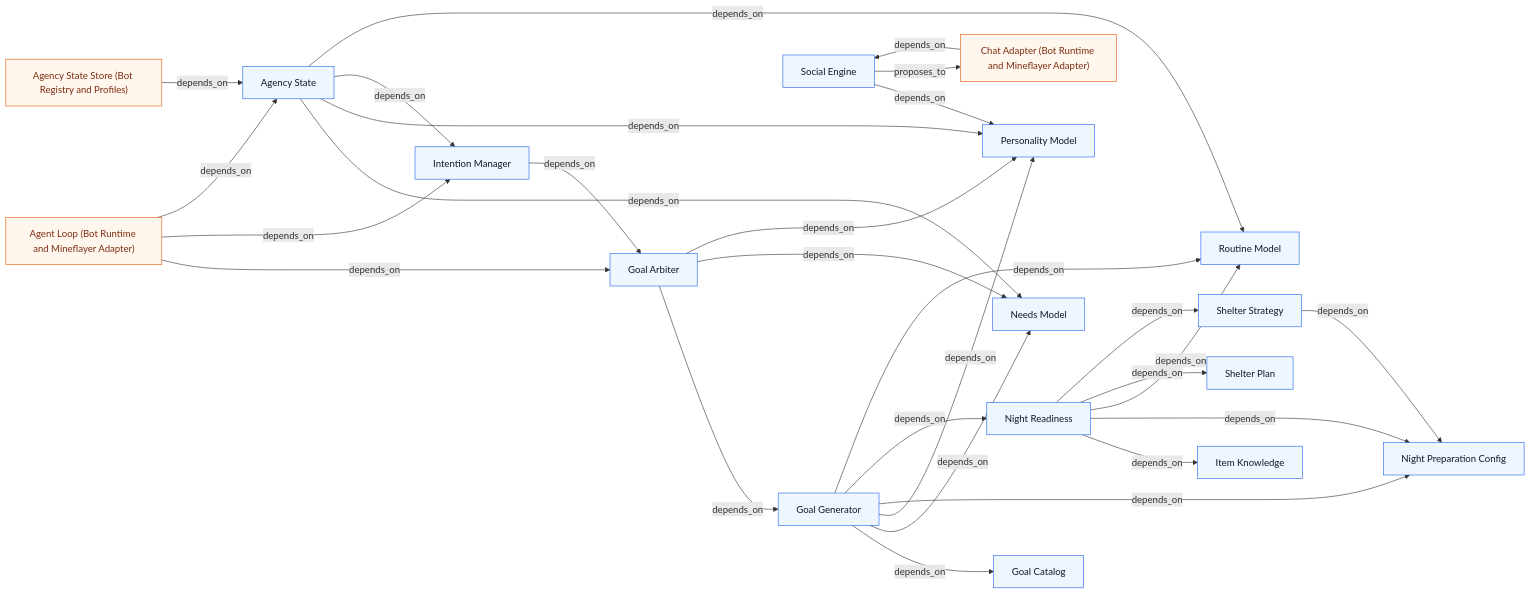
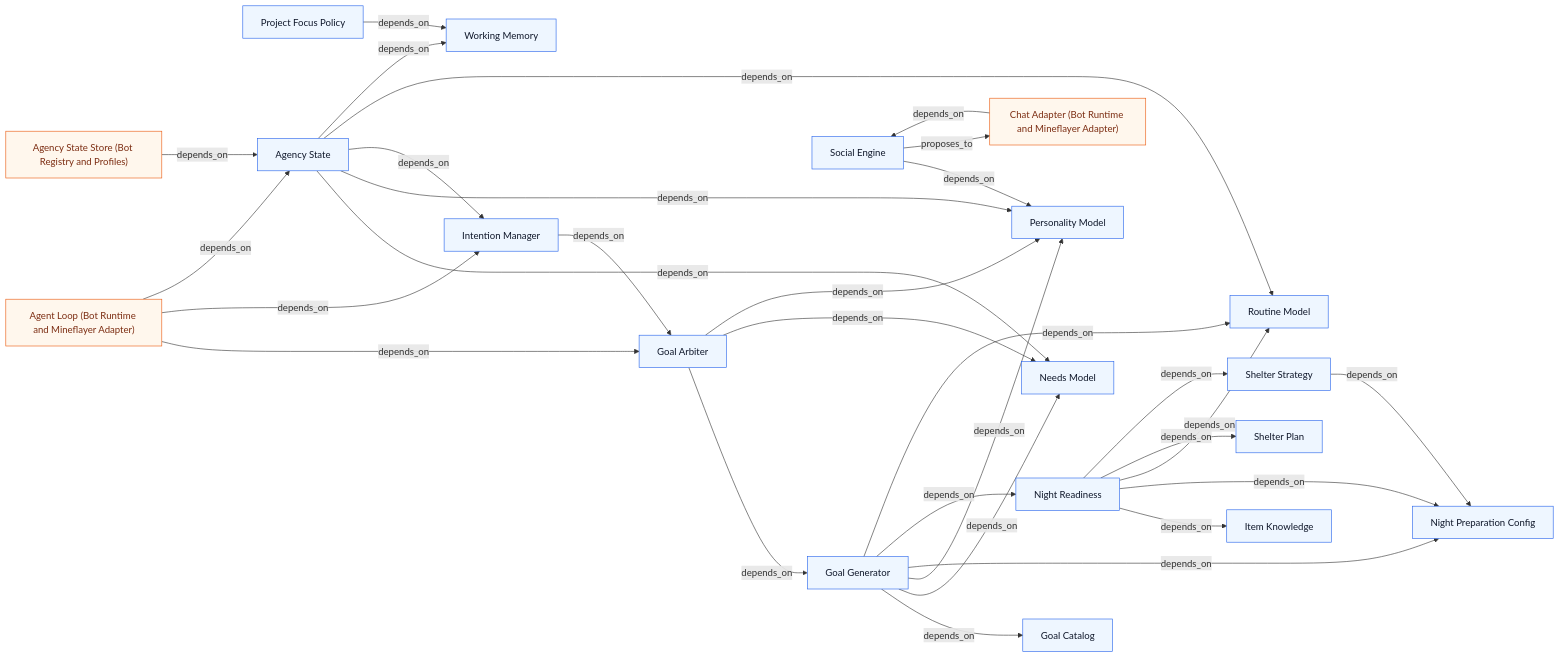
The diagram in docs/architecture/graphs/system-agency.mmd (TICO-CO/TiCrafter), drawn with Mermaid before and after one commit. The commit also changed 94 other files, not shown here.

```diff
--- a/docs/architecture/graphs/system-agency.mmd
+++ b/docs/architecture/graphs/system-agency.mmd
@@ -1,49 +1,53 @@
 flowchart LR
-n295["Personality Model"]
-n296["Needs Model"]
-n297["Goal Catalog"]
-n298["Goal Generator"]
-n273["Goal Arbiter"]
-n274["Intention Manager"]
-n299["Routine Model"]
-n300["Item Knowledge"]
-n301["Night Preparation Config"]
-n302["Shelter Strategy"]
-n303["Shelter Plan"]
-n304["Night Readiness"]
-n275["Social Engine"]
-n228["Agency State"]
+n299["Personality Model"]
+n300["Needs Model"]
+n301["Goal Catalog"]
+n302["Goal Generator"]
+n277["Goal Arbiter"]
+n278["Intention Manager"]
+n303["Routine Model"]
+n304["Item Knowledge"]
+n305["Night Preparation Config"]
+n306["Shelter Strategy"]
+n307["Shelter Plan"]
+n308["Night Readiness"]
+n279["Social Engine"]
+n309["Working Memory"]
+n310["Project Focus Policy"]
+n231["Agency State"]
 n60["Agent Loop (Bot Runtime and Mineflayer Adapter)"]
 n61["Chat Adapter (Bot Runtime and Mineflayer Adapter)"]
-n225["Agency State Store (Bot Registry and Profiles)"]
-n60 -->|depends_on| n273
-n60 -->|depends_on| n274
-n60 -->|depends_on| n228
-n61 -->|depends_on| n275
-n298 -->|depends_on| n297
-n298 -->|depends_on| n296
-n298 -->|depends_on| n295
-n273 -->|depends_on| n298
-n273 -->|depends_on| n296
-n273 -->|depends_on| n295
-n274 -->|depends_on| n273
-n275 -->|depends_on| n295
-n228 -->|depends_on| n296
-n228 -->|depends_on| n295
-n228 -->|depends_on| n274
-n228 -->|depends_on| n299
-n275 -->|proposes_to| n61
-n225 -->|depends_on| n228
-n304 -->|depends_on| n300
-n304 -->|depends_on| n301
-n304 -->|depends_on| n299
-n304 -->|depends_on| n303
-n304 -->|depends_on| n302
+n228["Agency State Store (Bot Registry and Profiles)"]
+n60 -->|depends_on| n277
+n60 -->|depends_on| n278
+n60 -->|depends_on| n231
+n61 -->|depends_on| n279
 n302 -->|depends_on| n301
-n298 -->|depends_on| n301
-n298 -->|depends_on| n304
-n298 -->|depends_on| n299
+n302 -->|depends_on| n300
+n302 -->|depends_on| n299
+n277 -->|depends_on| n302
+n277 -->|depends_on| n300
+n277 -->|depends_on| n299
+n278 -->|depends_on| n277
+n279 -->|depends_on| n299
+n231 -->|depends_on| n300
+n231 -->|depends_on| n299
+n231 -->|depends_on| n278
+n231 -->|depends_on| n303
+n231 -->|depends_on| n309
+n310 -->|depends_on| n309
+n279 -->|proposes_to| n61
+n228 -->|depends_on| n231
+n308 -->|depends_on| n304
+n308 -->|depends_on| n305
+n308 -->|depends_on| n303
+n308 -->|depends_on| n307
+n308 -->|depends_on| n306
+n306 -->|depends_on| n305
+n302 -->|depends_on| n305
+n302 -->|depends_on| n308
+n302 -->|depends_on| n303
 classDef internal fill:#eef6ff,stroke:#2563eb,color:#0f172a;
 classDef external fill:#fff7ed,stroke:#ea580c,color:#7c2d12;
-class n295,n296,n297,n298,n273,n274,n299,n300,n301,n302,n303,n304,n275,n228 internal;
-class n60,n61,n225 external;
+class n299,n300,n301,n302,n277,n278,n303,n304,n305,n306,n307,n308,n279,n309,n310,n231 internal;
+class n60,n61,n228 external;
```
